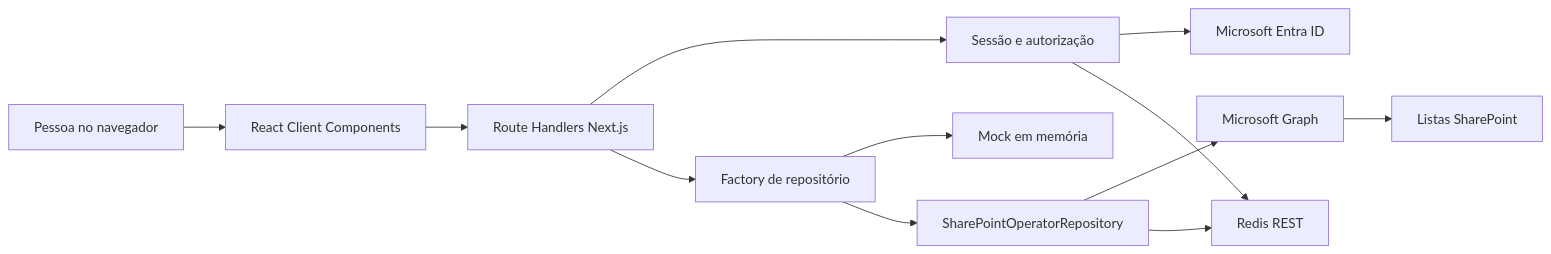
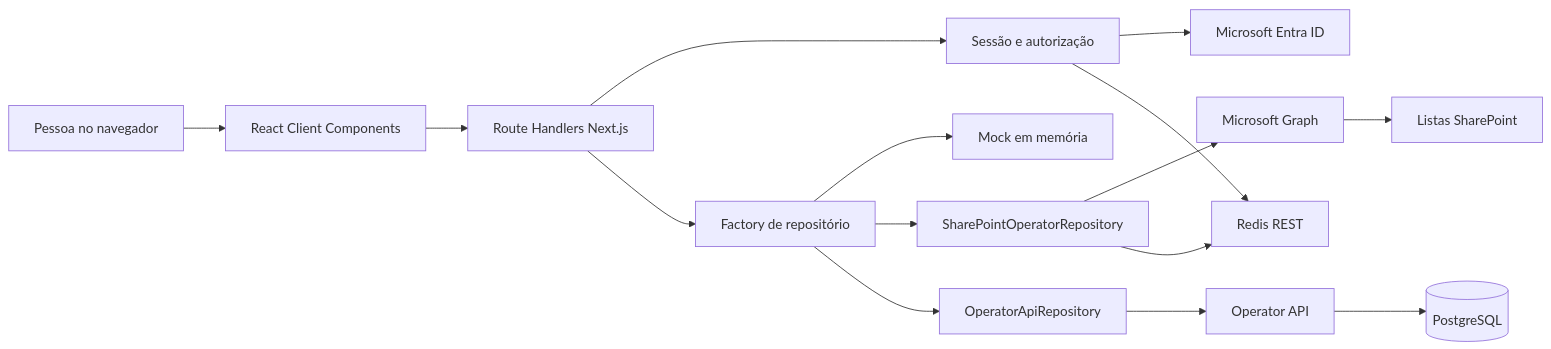
One commit to nxtannnn1/orcamentos-3p changed the first of 2 diagrams in system/apps/operator-web/docs/ARQUITETURA.md. Above: the diagram before and after it, drawn with Mermaid. The commit also changed other lines of this file and 19 other files, not shown here.

Commit message:
docs(operator-web): document read-only operator API

````diff
--- a/system/apps/operator-web/docs/ARQUITETURA.md
+++ b/system/apps/operator-web/docs/ARQUITETURA.md
@@ -5,14 +5,17 @@
 ```mermaid
 flowchart LR
   U[Pessoa no navegador] --> UI[React Client Components]
   UI --> BFF[Route Handlers Next.js]
   BFF --> A[Sessão e autorização]
   BFF --> F[Factory de repositório]
   F --> M[Mock em memória]
   F --> SP[SharePointOperatorRepository]
+  F --> OA[OperatorApiRepository]
   SP --> G[Microsoft Graph]
   G --> L[Listas SharePoint]
+  OA --> API[Operator API]
+  API --> PG[(PostgreSQL)]
   A --> E[Microsoft Entra ID]
   A --> R[Redis REST]
   SP --> R
 ```
````
